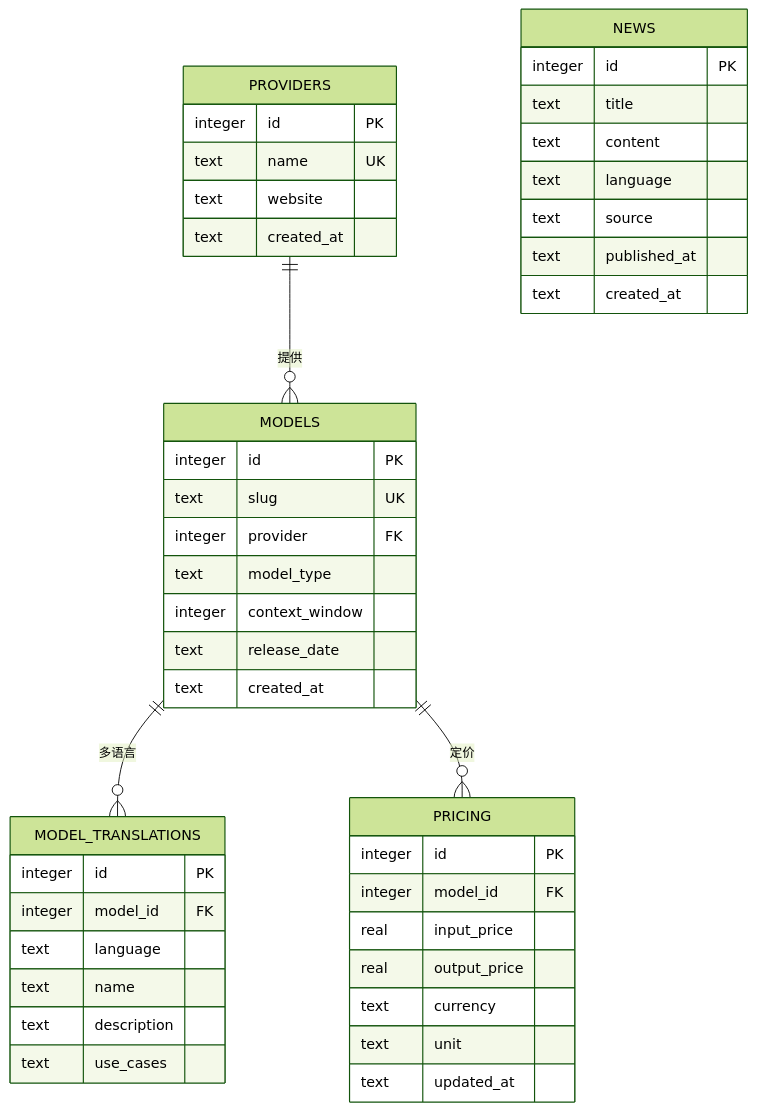
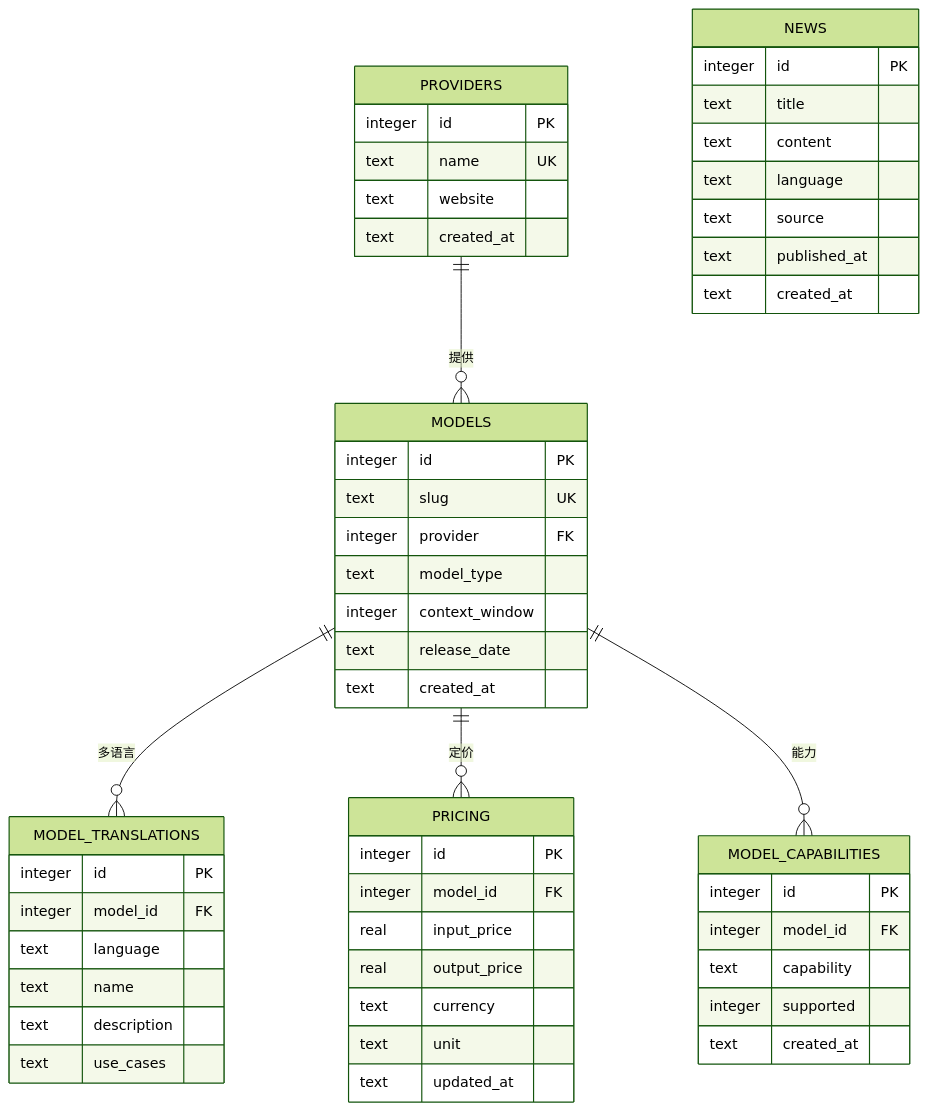
The diagram in docs/database-design.md (crazynotesman-svg/ai-model-platform), drawn with Mermaid (forest theme) before and after one commit. The commit also changed other lines of this file and 5 other files, not shown here.

Commit message:
feat: add model capabilities database

````diff
--- a/docs/database-design.md
+++ b/docs/database-design.md
@@ -7,48 +7,56 @@
 ```mermaid
 erDiagram
     PROVIDERS ||--o{ MODELS : "提供"
     MODELS ||--o{ MODEL_TRANSLATIONS : "多语言"
     MODELS ||--o{ PRICING : "定价"
+    MODELS ||--o{ MODEL_CAPABILITIES : "能力"
 
     PROVIDERS {
         integer id PK
         text name UK
         text website
         text created_at
     }
     MODELS {
         integer id PK
         text slug UK
         integer provider FK
         text model_type
         integer context_window
         text release_date
         text created_at
     }
     MODEL_TRANSLATIONS {
         integer id PK
         integer model_id FK
         text language
         text name
         text description
         text use_cases
     }
     PRICING {
         integer id PK
         integer model_id FK
         real input_price
         real output_price
         text currency
         text unit
         text updated_at
     }
+    MODEL_CAPABILITIES {
+        integer id PK
+        integer model_id FK
+        text capability
+        integer supported
+        text created_at
+    }
     NEWS {
         integer id PK
         text title
         text content
         text language
         text source
         text published_at
         text created_at
     }
 ```
````
